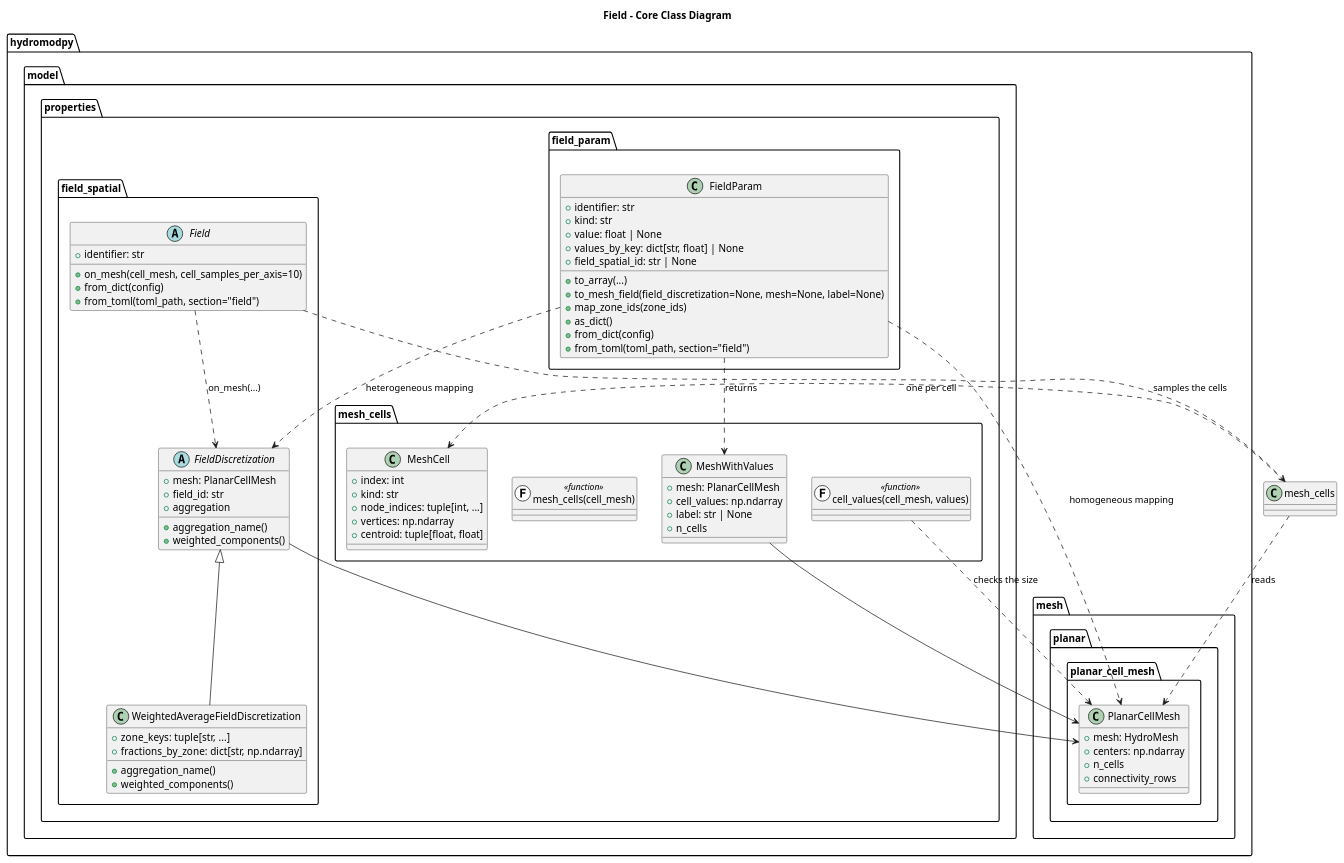
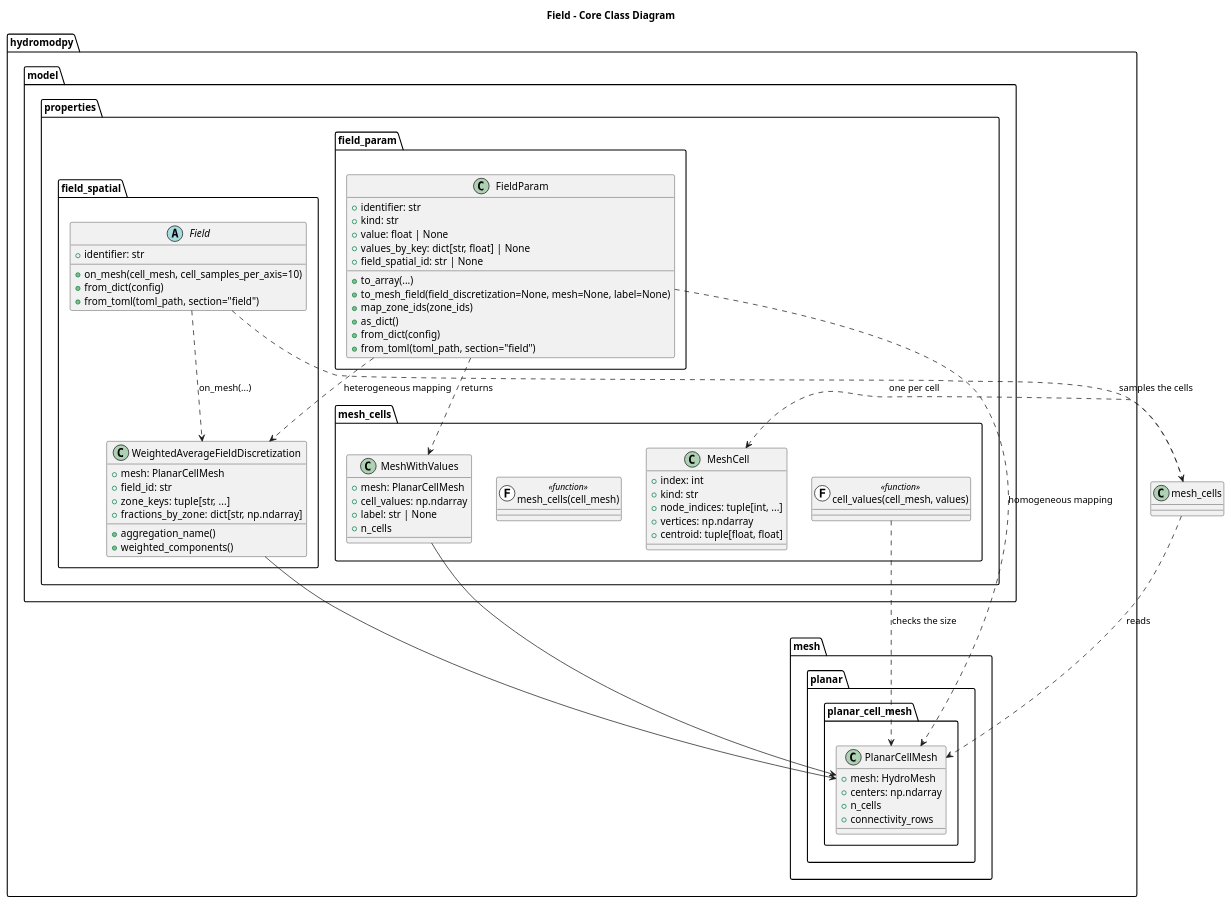
One commit to HydroModPy/HydroModPy changed the diagram in docs/source/contribute/architecture/field/diagrams/field_classes.wsd. Above: the diagram before and after it, drawn with PlantUML. The commit also changed 1458 other files, not shown here.

```diff
--- a/docs/source/contribute/architecture/field/diagrams/field_classes.wsd
+++ b/docs/source/contribute/architecture/field/diagrams/field_classes.wsd
@@ -1,90 +1,84 @@
 @startuml
 title Field - Core Class Diagram
 
 package "hydromodpy.mesh.planar.planar_cell_mesh" {
   class PlanarCellMesh {
     +mesh: HydroMesh
     +centers: np.ndarray
     +n_cells
     +connectivity_rows
   }
 }
 
 package "hydromodpy.model.properties.mesh_cells" {
   class MeshCell {
     +index: int
     +kind: str
     +node_indices: tuple[int, ...]
     +vertices: np.ndarray
     +centroid: tuple[float, float]
   }
 
   class MeshWithValues {
     +mesh: PlanarCellMesh
     +cell_values: np.ndarray
     +label: str | None
     +n_cells
   }
 
   class "mesh_cells(cell_mesh)" as mesh_cells << (F,#FFFFFF) function >>
   class "cell_values(cell_mesh, values)" as cell_values << (F,#FFFFFF) function >>
 }
 
 package "hydromodpy.model.properties.field_spatial" {
   abstract class Field {
     +identifier: str
     +on_mesh(cell_mesh, cell_samples_per_axis=10)
     +from_dict(config)
     +from_toml(toml_path, section="field")
   }
 
-  abstract class FieldDiscretization {
-    +mesh: PlanarCellMesh
-    +field_id: str
-    +aggregation_name()
-    +aggregation
-    +weighted_components()
-  }
 }
 
 package "hydromodpy.model.properties.field_spatial" {
   class WeightedAverageFieldDiscretization {
+    +mesh: PlanarCellMesh
+    +field_id: str
     +zone_keys: tuple[str, ...]
     +fractions_by_zone: dict[str, np.ndarray]
     +aggregation_name()
     +weighted_components()
   }
 }
 
 package "hydromodpy.model.properties.field_param" {
   class FieldParam {
     +identifier: str
     +kind: str
     +value: float | None
     +values_by_key: dict[str, float] | None
     +field_spatial_id: str | None
     +to_array(...)
     +to_mesh_field(field_discretization=None, mesh=None, label=None)
     +map_zone_ids(zone_ids)
     +as_dict()
     +from_dict(config)
     +from_toml(toml_path, section="field")
   }
 }
 
 mesh_cells ..> PlanarCellMesh : reads
 mesh_cells ..> MeshCell : one per cell
 cell_values ..> PlanarCellMesh : checks the size
 MeshWithValues --> PlanarCellMesh
 
-FieldDiscretization --> PlanarCellMesh
-FieldDiscretization <|-- WeightedAverageFieldDiscretization
+WeightedAverageFieldDiscretization --> PlanarCellMesh
 
 Field ..> mesh_cells : samples the cells
-Field ..> FieldDiscretization : on_mesh(...)
+Field ..> WeightedAverageFieldDiscretization : on_mesh(...)
 
 FieldParam ..> PlanarCellMesh : homogeneous mapping
-FieldParam ..> FieldDiscretization : heterogeneous mapping
+FieldParam ..> WeightedAverageFieldDiscretization : heterogeneous mapping
 FieldParam ..> MeshWithValues : returns
 
 @enduml
```
